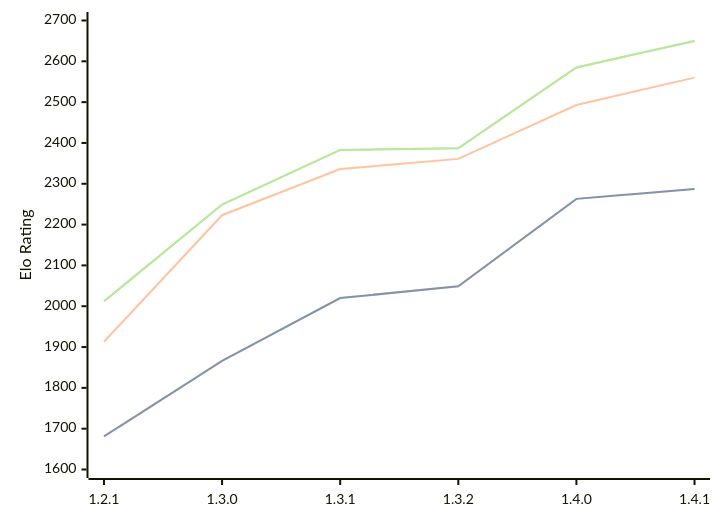
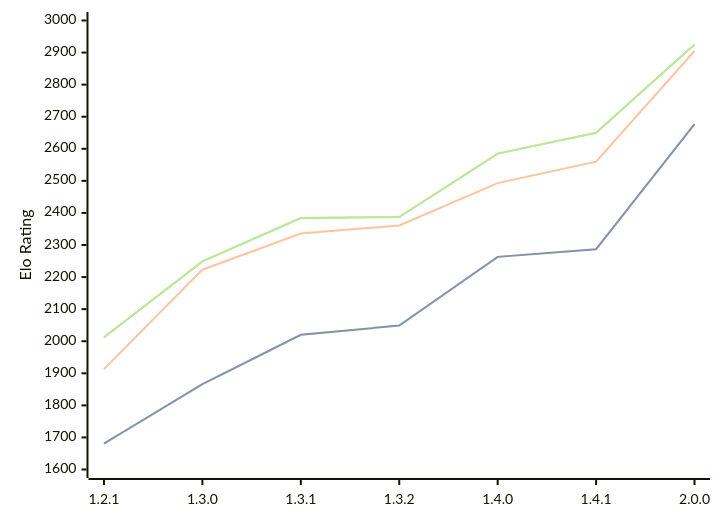
Before and after one commit to computer-chess-index/cci: the diagram in engines/Chal.md, drawn with Mermaid. The commit also changed other lines of this file, not shown here.

Commit message:
Update CCI Ratings (ELO VLTC) - 2026-09-10

````diff
--- a/engines/Chal.md
+++ b/engines/Chal.md
@@ -36,11 +37,11 @@
 ```mermaid
 %%{init: {"theme":"base","themeVariables":{"seriesColors:['#a3a3a3','#222221','#faa371']}}}%%
 xychart-beta
-  x-axis ["1.2.1", "1.3.0", "1.3.1", "1.3.2", "1.4.0", "1.4.1"]
-  y-axis "Elo Rating" 1600 --> 2700
-  line "" [1681, 1866, 2020, 2049, 2263, 2287]
-  line "STC (8.0+0.08s)" [1681, 1866, 2020, 2049, 2263, 2287]
-  line "LTC (60.0+0.60s)" [1913, 2223, 2336, 2361, 2493, 2560]
-  line "" [2012, 2249, 2383, 2387, 2585, 2650]
-  line "VLTC (2m24s+1.12s)" [2012, 2249, 2383, 2387, 2585, 2650]
+  x-axis ["1.2.1", "1.3.0", "1.3.1", "1.3.2", "1.4.0", "1.4.1", "2.0.0"]
+  y-axis "Elo Rating" 1600 --> 3000
+  line "" [1681, 1866, 2020, 2049, 2263, 2287, 2677]
+  line "STC (8.0+0.08s)" [1681, 1866, 2020, 2049, 2263, 2287, 2677]
+  line "LTC (60.0+0.60s)" [1913, 2223, 2336, 2361, 2493, 2560, 2905]
+  line "" [2012, 2249, 2384, 2387, 2585, 2650, 2925]
+  line "VLTC (2m24s+1.12s)" [2012, 2249, 2384, 2387, 2585, 2650, 2925]
 ```
````
